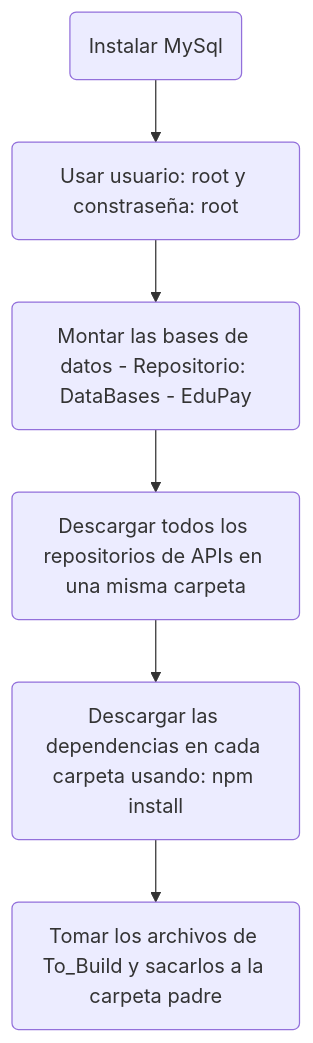
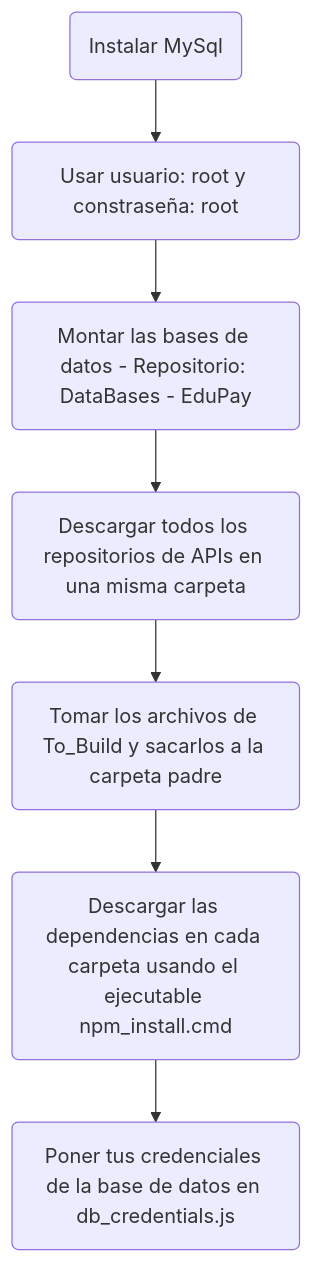
The first of 2 diagrams in profile/README.md (Diseno-de-Software-2/.github), drawn with Mermaid before and after one commit. The commit also changed other lines of this file, not shown here.

````diff
--- a/profile/README.md
+++ b/profile/README.md
@@ -8,8 +8,9 @@
 ```mermaid
 graph TD
 A(Instalar MySql) -->B(Usar usuario: root y constraseña: root)
     B --> C(Montar las bases de datos - Repositorio: DataBases - EduPay)
     C --> D(Descargar todos los repositorios de APIs en una misma carpeta)
-    D --> E(Descargar las dependencias en cada carpeta usando: npm install)
-    E --> F(Tomar los archivos de To_Build y sacarlos a la carpeta padre)
+    D --> E(Tomar los archivos de To_Build y sacarlos a la carpeta padre)
+    E --> F(Descargar las dependencias en cada carpeta usando el ejecutable npm_install.cmd)
+    F --> G(Poner tus credenciales de la base de datos en db_credentials.js)
 ```
````
